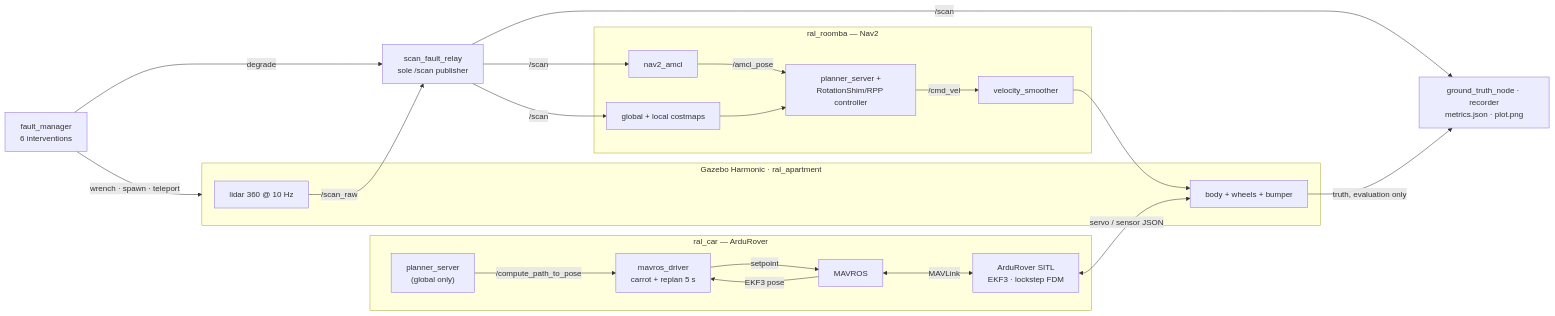
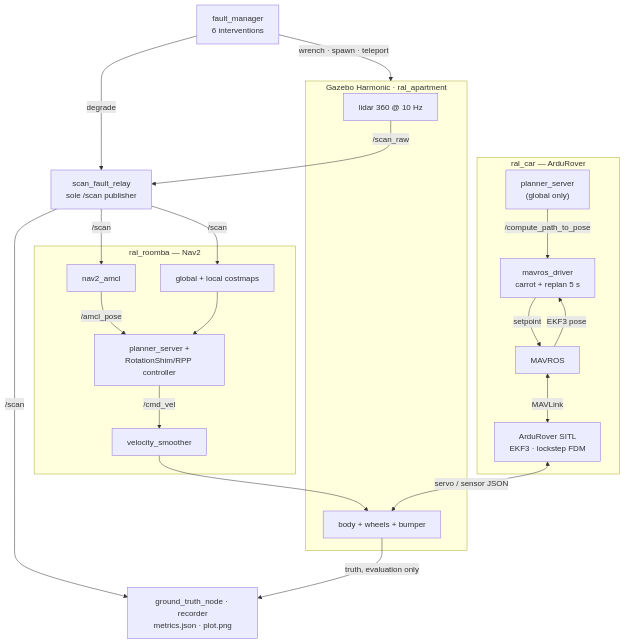
Before and after one commit to tomsabala/breakmyrobot: the diagram in README.md, drawn with Mermaid. The commit also changed 5 other files, not shown here.

First line of the commit message:
console + site: say REPLAY where a reader will see it, and draw diagrams they can read

````diff
--- a/README.md
+++ b/README.md
@@ -130,43 +130,43 @@
 ```mermaid
-flowchart LR
+flowchart TB
   subgraph SIM["Gazebo Harmonic · ral_apartment"]
     LIDAR["lidar 360 @ 10 Hz"]
     BODY["body + wheels + bumper"]
   end
 
   FM["fault_manager<br/>6 interventions"]
   RELAY["scan_fault_relay<br/>sole /scan publisher"]
 
   subgraph ROOMBA["ral_roomba — Nav2"]
     AMCL["nav2_amcl"]
     COST["global + local costmaps"]
     NAV["planner_server +<br/>RotationShim/RPP controller"]
     SMOOTH["velocity_smoother"]
   end
 
   subgraph CAR["ral_car — ArduRover"]
     PLAN2["planner_server<br/>(global only)"]
     DRV["mavros_driver<br/>carrot + replan 5 s"]
     MAVROS["MAVROS"]
     FCU["ArduRover SITL<br/>EKF3 · lockstep FDM"]
   end
 
   EVAL["ground_truth_node · recorder<br/>metrics.json · plot.png"]
 
   LIDAR -->|/scan_raw| RELAY
   RELAY -->|/scan| AMCL
   RELAY -->|/scan| COST
   RELAY -->|/scan| EVAL
   FM -->|degrade| RELAY
   FM -->|wrench · spawn · teleport| SIM
   AMCL -->|/amcl_pose| NAV
   COST --> NAV
   NAV -->|/cmd_vel| SMOOTH
   SMOOTH --> BODY
   PLAN2 -->|/compute_path_to_pose| DRV
   DRV -->|setpoint| MAVROS
   MAVROS <-->|MAVLink| FCU
   FCU <-->|servo / sensor JSON| BODY
   MAVROS -->|EKF3 pose| DRV
   BODY -->|truth, evaluation only| EVAL
 ```
````
